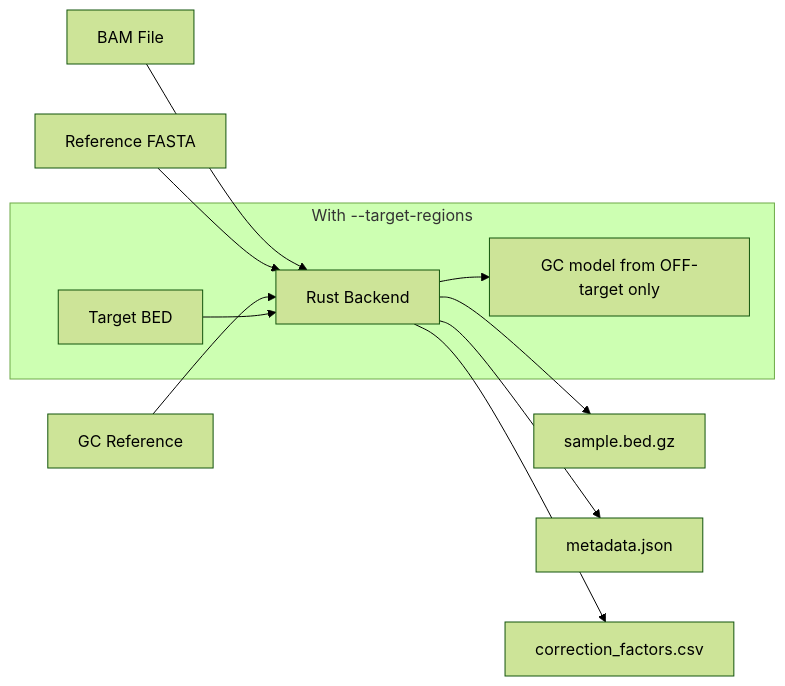
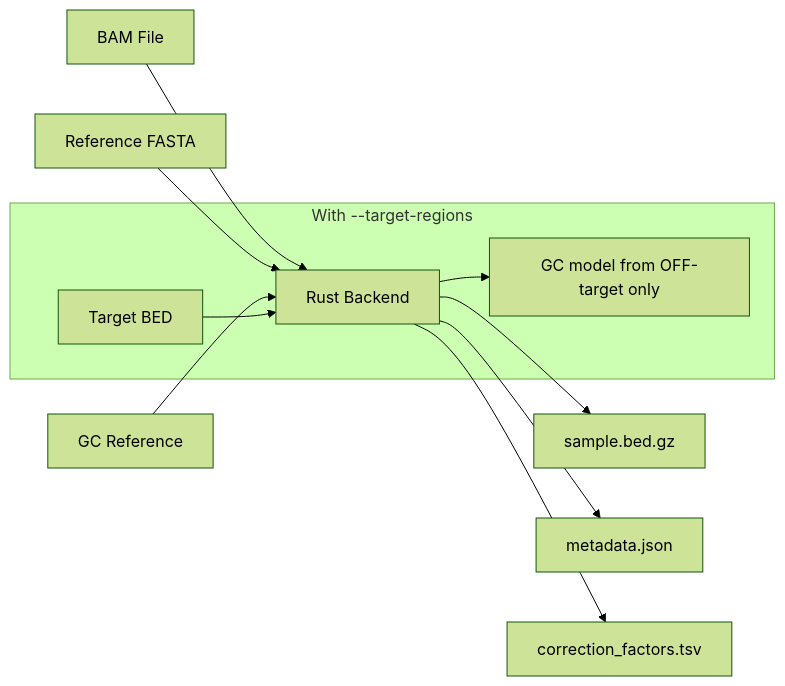
Before and after one commit to msk-access/krewlyzer: the first of 2 diagrams in docs/features/core/extract.md, drawn with Mermaid (forest theme). The commit also changed other lines of this file and 115 other files, not shown here.

````diff
--- a/docs/features/core/extract.md
+++ b/docs/features/core/extract.md
@@ -20,15 +20,15 @@
 ```mermaid
 flowchart LR
     BAM[BAM File] --> RUST[Rust Backend]
     REF[Reference FASTA] --> RUST
     GC_REF[GC Reference] --> RUST
     
     RUST --> BED["sample.bed.gz"]
     RUST --> META["metadata.json"]
-    RUST --> FACTORS["correction_factors.csv"]
+    RUST --> FACTORS["correction_factors.tsv"]
     
     subgraph "With --target-regions"
         TARGETS[Target BED] --> RUST
         RUST --> GC_OFF["GC model from OFF-target only"]
     end
 ```
````
